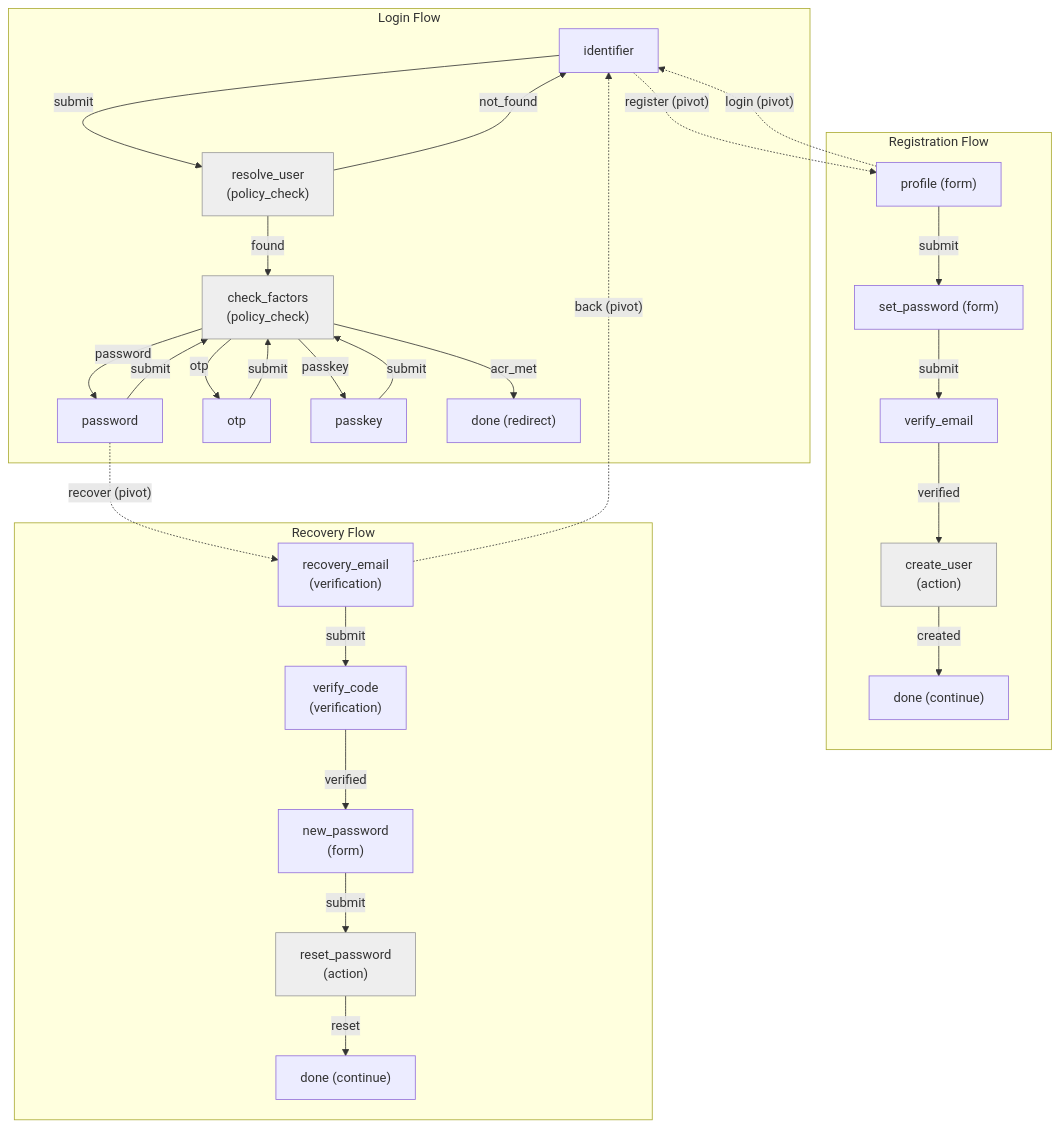
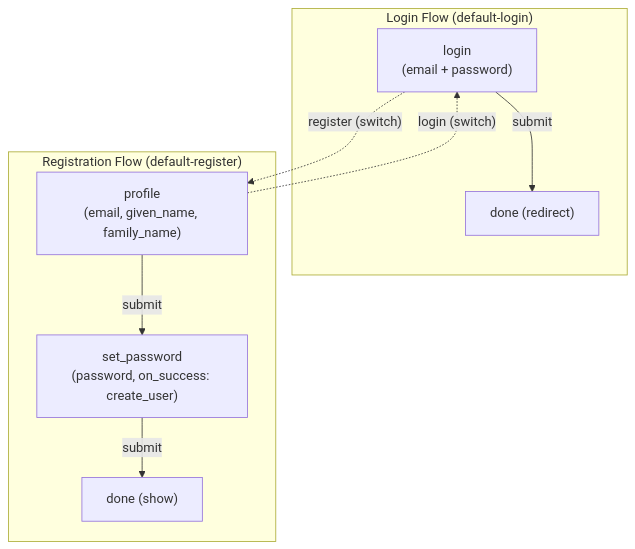
The ninth of 10 diagrams in docs/design/flowengine/flow-engine-guide.md (zitadel/nextgen), drawn with Mermaid before and after one commit. The commit also changed other lines of this file and 15 other files, not shown here.

Commit message:
refactor: simplify flow engine to schema-driven step model (#50)

````diff
--- a/docs/design/flowengine/flow-engine-guide.md
+++ b/docs/design/flowengine/flow-engine-guide.md
@@ -680,59 +601,21 @@
 ```mermaid
 graph TD
-    subgraph "Login Flow"
-        id["identifier"]
-        resolve["resolve_user<br>(policy_check)"]
-        check["check_factors<br>(policy_check)"]
-        pwd["password"]
-        otp["otp"]
-        pk["passkey"]
+    subgraph "Login Flow (default-login)"
+        login["login<br>(email + password)"]
         login_done["done (redirect)"]
 
-        id -->|submit| resolve
-        resolve -->|found| check
-        resolve -->|not_found| id
-        check -->|password| pwd
-        check -->|passkey| pk
-        check -->|otp| otp
-        check -->|acr_met| login_done
-        pwd -->|submit| check
-        otp -->|submit| check
-        pk -->|submit| check
+        login -->|submit| login_done
     end
 
-    subgraph "Registration Flow"
-        profile["profile (form)"]
-        set_pwd["set_password (form)"]
-        verify["verify_email"]
-        create["create_user<br>(action)"]
-        reg_done["done (continue)"]
+    subgraph "Registration Flow (default-register)"
+        profile["profile<br>(email, given_name, family_name)"]
+        set_pwd["set_password<br>(password, on_success: create_user)"]
+        reg_done["done (show)"]
 
         profile -->|submit| set_pwd
-        set_pwd -->|submit| verify
-        verify -->|verified| create
-        create -->|created| reg_done
+        set_pwd -->|submit| reg_done
     end
 
-    subgraph "Recovery Flow"
-        rec_email["recovery_email<br>(verification)"]
-        rec_code["verify_code<br>(verification)"]
-        new_pwd["new_password<br>(form)"]
-        reset["reset_password<br>(action)"]
-        rec_done["done (continue)"]
-
-        rec_email -->|submit| rec_code
-        rec_code -->|verified| new_pwd
-        new_pwd -->|submit| reset
-        reset -->|reset| rec_done
-    end
-
-    id -.->|"register (pivot)"| profile
-    profile -.->|"login (pivot)"| id
-    pwd -.->|"recover (pivot)"| rec_email
-    rec_email -.->|"back (pivot)"| id
-
-    style resolve fill:#eee,stroke:#999
-    style check fill:#eee,stroke:#999
-    style create fill:#eee,stroke:#999
-    style reset fill:#eee,stroke:#999
+    login -.->|"register (switch)"| profile
+    profile -.->|"login (switch)"| login
 ```
````
